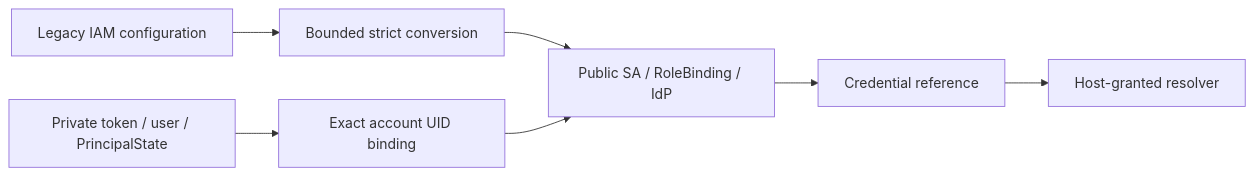
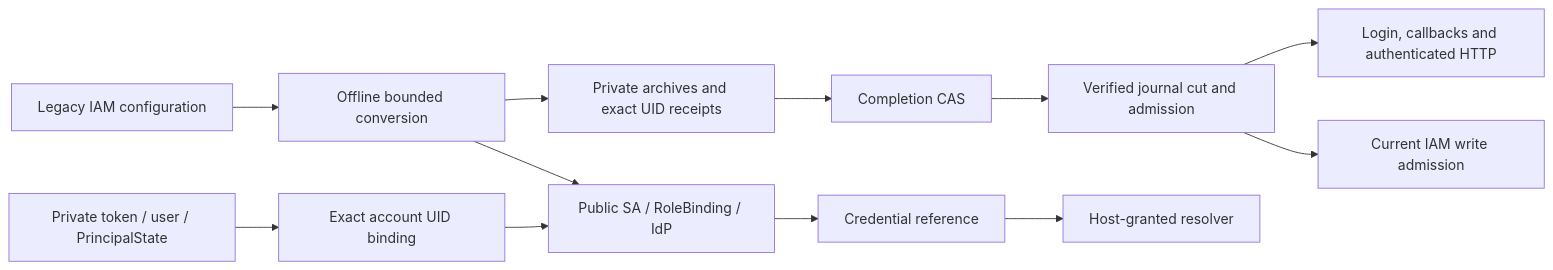
One commit to robertherbaugh/kudurru changed the sixth of 7 diagrams in docs/architecture/access.md. Above: the diagram before and after it, drawn with Mermaid. The commit also changed other lines of this file and 15 other files, not shown here.

Commit message:
feat(iam): wire offline upgrade CLI and runtime admission

````diff
--- a/docs/architecture/access.md
+++ b/docs/architecture/access.md
@@ -215,9 +231,14 @@
 ```mermaid
 flowchart LR
-    Legacy["Legacy IAM configuration"] --> Convert["Bounded strict conversion"]
+    Legacy["Legacy IAM configuration"] --> Convert["Offline bounded conversion"]
+    Convert --> Journal["Private archives and exact UID receipts"]
+    Journal --> Complete["Completion CAS"]
     Convert --> Public["Public SA / RoleBinding / IdP"]
     Public --> Ref["Credential reference"]
     Ref --> Host["Host-granted resolver"]
     Private["Private token / user / PrincipalState"] --> UID["Exact account UID binding"]
     UID --> Public
+    Complete --> Gate["Verified journal cut and admission"]
+    Gate --> HTTP["Login, callbacks and authenticated HTTP"]
+    Gate --> Writes["Current IAM write admission"]
 ```
````
